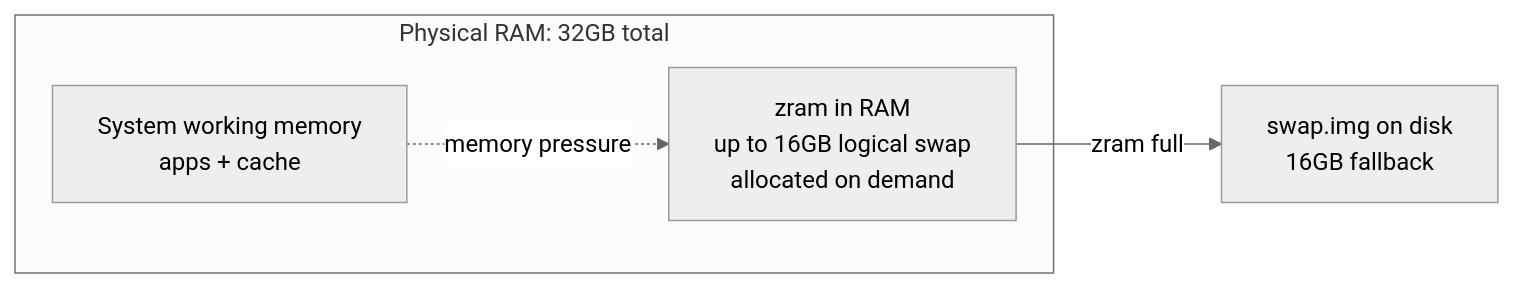
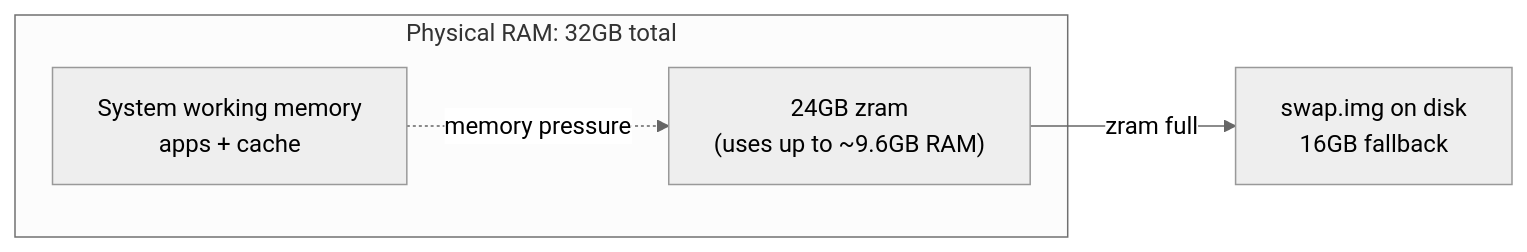
The second of 2 diagrams in docs/swap_config.md (jlucas-oqc/playgound), drawn with Mermaid (neutral theme) before and after one commit. The commit also changed other lines of this file, not shown here.

Commit message:
docs: refine swap configuration guidance for large memory workloads

````diff
--- a/docs/swap_config.md
+++ b/docs/swap_config.md
@@ -35,10 +37,10 @@
 ```mermaid
 flowchart LR
     subgraph RAM32[Physical RAM: 32GB total]
         SYS32[System working memory<br/>apps + cache]
-        Z32[zram in RAM<br/>up to 16GB logical swap<br/>allocated on demand]
+        Z32["24GB zram<br/>(uses up to ~9.6GB RAM)"]
     end
 
     SYS32 -. memory pressure .-> Z32
     Z32 -->|zram full| D32[swap.img on disk<br/>16GB fallback]
 ```
````
